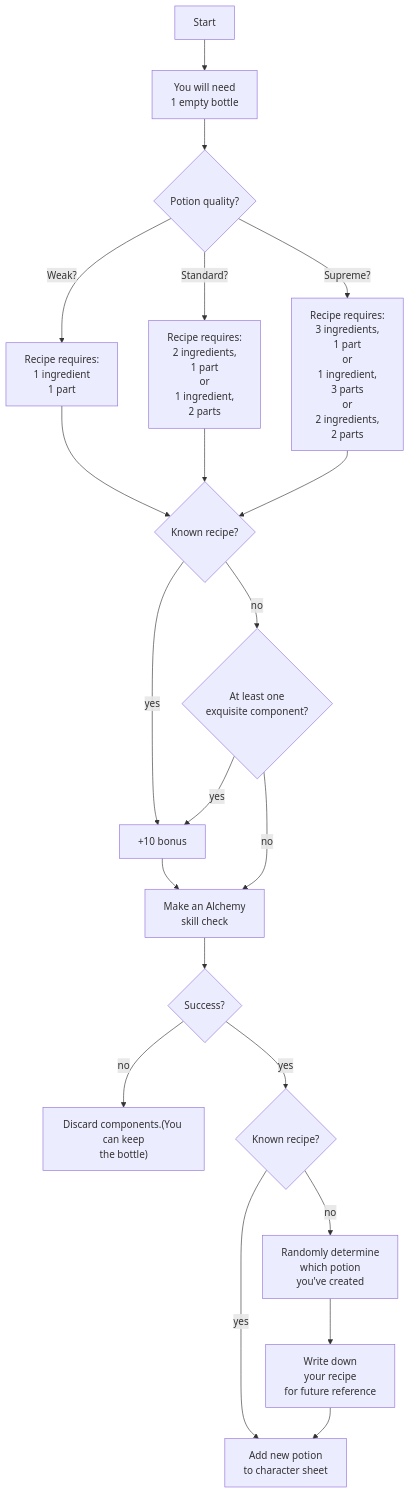
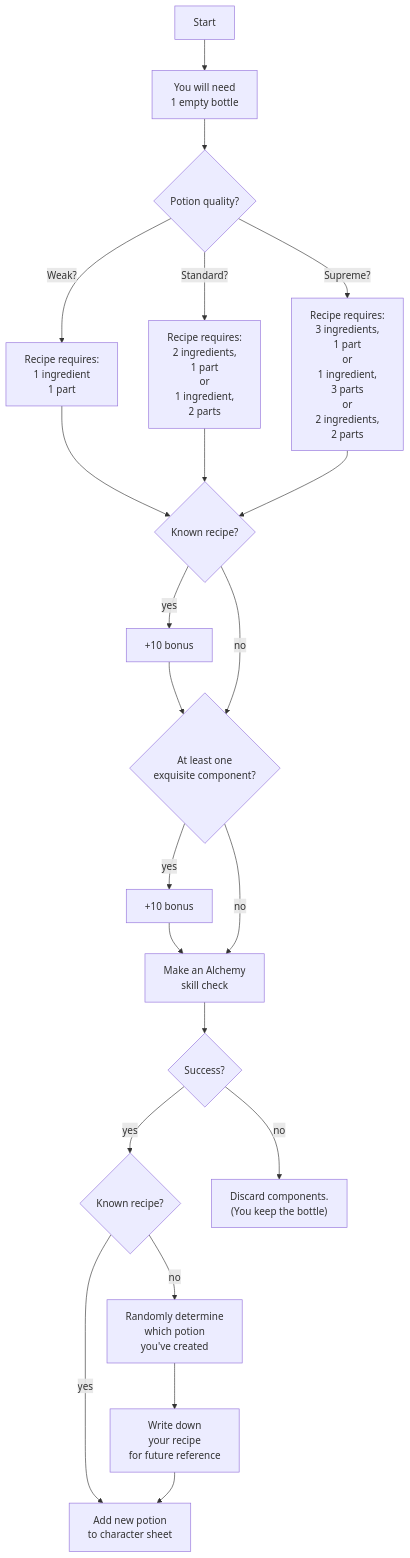
Before and after one commit to joebywan/leagueOfDungeoneers: the diagram in flowcharts/brew_potion.md, drawn with Mermaid. The commit also changed 2 other files, not shown here.

Commit message:
Adding flowcharts

````diff
--- a/flowcharts/brew_potion.md
+++ b/flowcharts/brew_potion.md
@@ -3,30 +3,33 @@
 ```mermaid
 flowchart TD
     A[Start] --> B[You will need<br>1 empty bottle]
     B --> C{Potion quality?}
     C -->|Weak?| D[Recipe requires:<br>1 ingredient<br>1 part]
     C -->|Standard?| E[Recipe requires:<br>2 ingredients,<br>1 part<br>or<br>1 ingredient,<br>2 parts]
     C -->|Supreme?| F[Recipe requires:<br>3 ingredients,<br>1 part<br>or<br>1 ingredient,<br>3 parts<br>or<br>2 ingredients,<br>2 parts]
     
     D --> G{Known recipe?}
     E --> G
     F --> G
 
     G -->|yes| H[+10 bonus]
+    H --> I
     G -->|no| I{At least one<br>exquisite component?}
     
-    I -->|yes| H
+    I -->|yes| HH[+10 bonus]
+    HH --> J
     I -->|no| J[Make an Alchemy<br>skill check]
     
-    H --> J
+    
     J --> K{Success?}
 
-    K -->|no| L["Discard components.(You can keep<br>the bottle)"]
     K -->|yes| M{Known recipe?}
+    K -->|no| L["Discard components.<br>(You keep the bottle)"]
+    
 
     M -->|yes| N[Add new potion<br>to character sheet]
     M -->|no| O[Randomly determine<br>which potion<br>you've created]
     
     O --> P[Write down<br>your recipe<br>for future reference]
     P --> N
 ```
````
